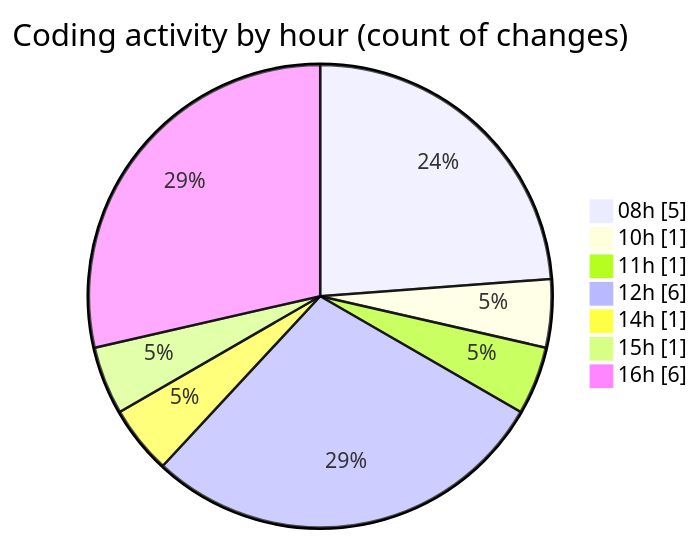
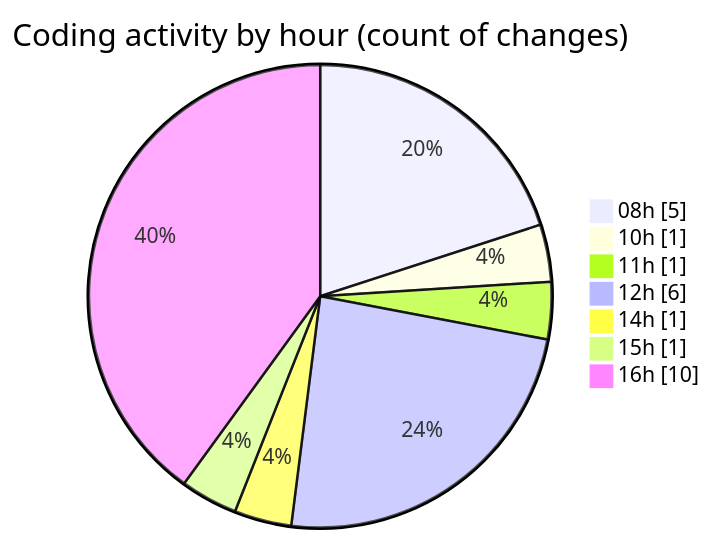
The second of 2 diagrams in 2026-04-28/cilapp/README.md (ricardozamudiocil/code-tracking), drawn with Mermaid before and after one commit. The commit also changed other lines of this file and 1 other file, not shown here.

````diff
--- a/2026-04-28/cilapp/README.md
+++ b/2026-04-28/cilapp/README.md
@@ -33,11 +34,11 @@
 ```mermaid
 pie showData
 title Coding activity by hour (count of changes)
 "08h" : 5
 "10h" : 1
 "11h" : 1
 "12h" : 6
 "14h" : 1
 "15h" : 1
-"16h" : 6
+"16h" : 10
 ```
````
